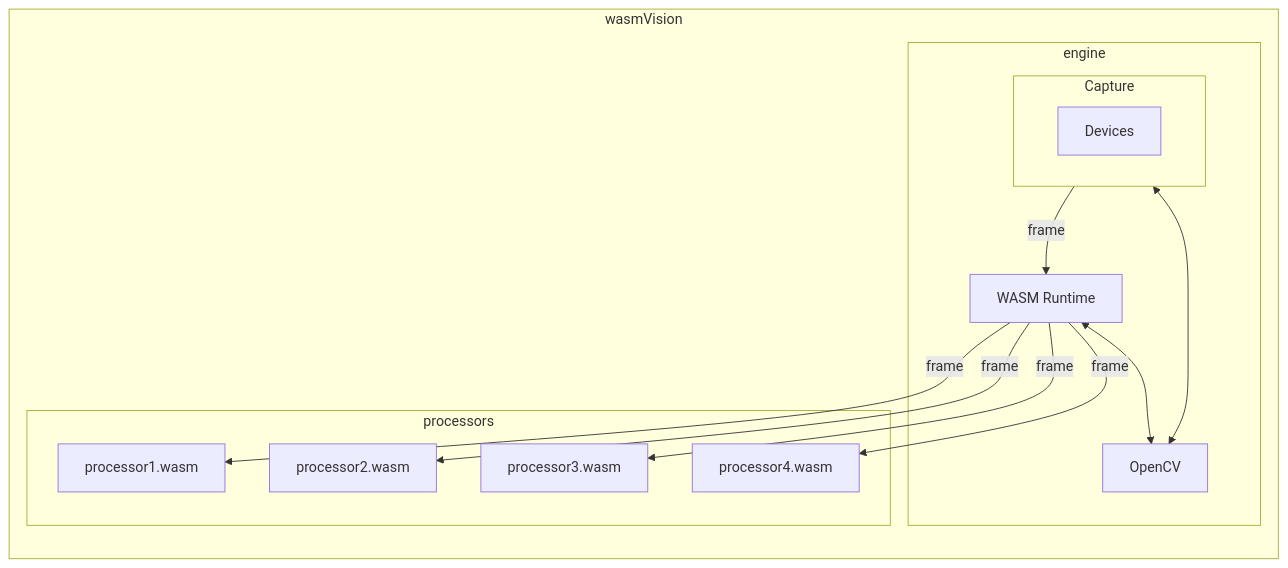
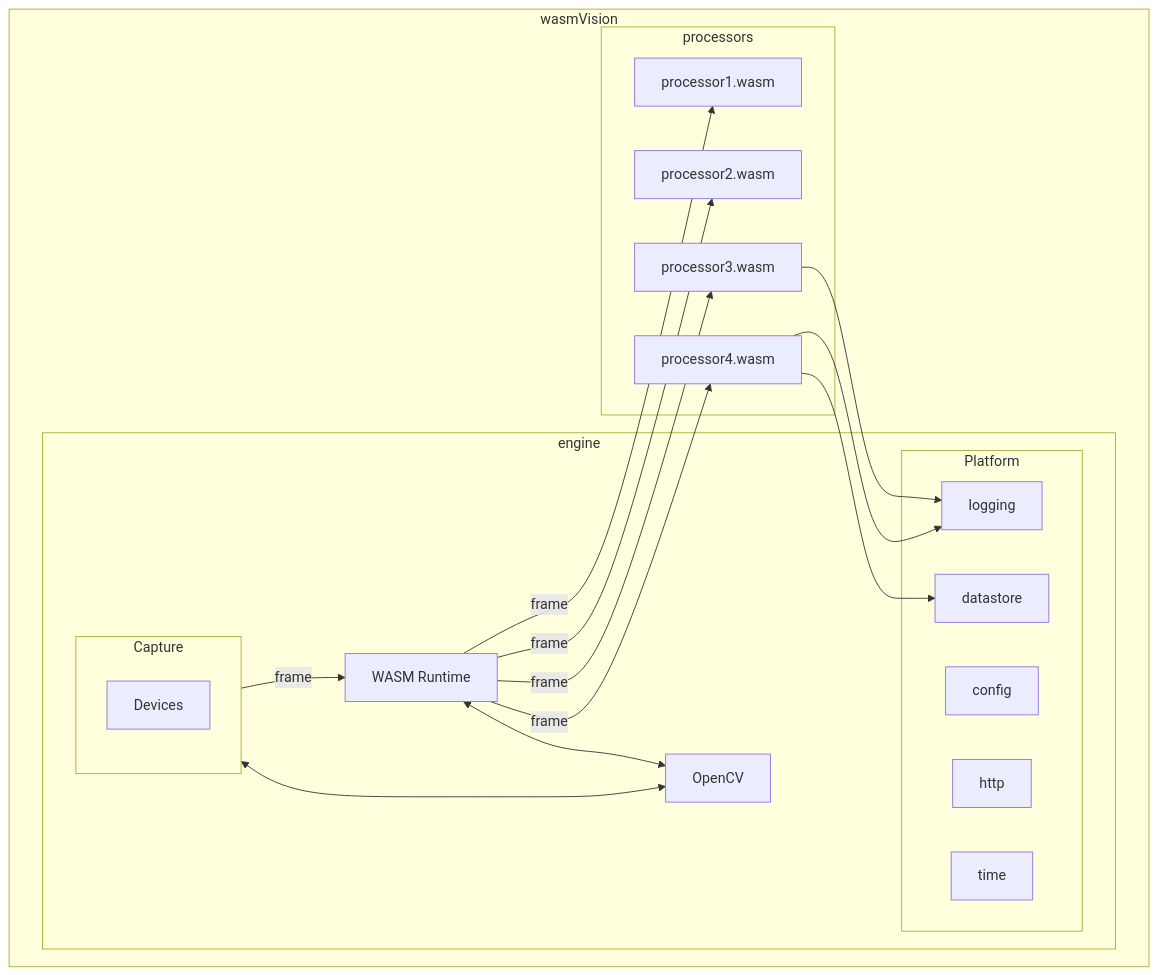
Before and after one commit to wasmvision/wasmvision: the diagram in docs/architecture.md, drawn with Mermaid. The commit also changed other lines of this file, not shown here.

Commit message:
docs: clarify architecture and add info about wasmVision platform

````diff
--- a/docs/architecture.md
+++ b/docs/architecture.md
@@ -5,20 +5,30 @@
 ```mermaid
-flowchart LR
+flowchart TD
     subgraph wasmVision
         subgraph engine
             subgraph Capture
                 Devices
             end
             Runtime[WASM Runtime]
             Capture--frame-->Runtime
             Capture<-->OpenCV
             Runtime<-->OpenCV
+            subgraph Platform
+                logging
+                config
+                http
+                datastore
+                time
+            end
         end
         subgraph processors
             Runtime--frame-->processor1.wasm
             Runtime--frame-->processor2.wasm
             Runtime--frame-->processor3.wasm
             Runtime--frame-->processor4.wasm
         end
+        processor3.wasm-->logging
+        processor4.wasm-->logging
+        processor4.wasm-->datastore
     end
 ```
````
